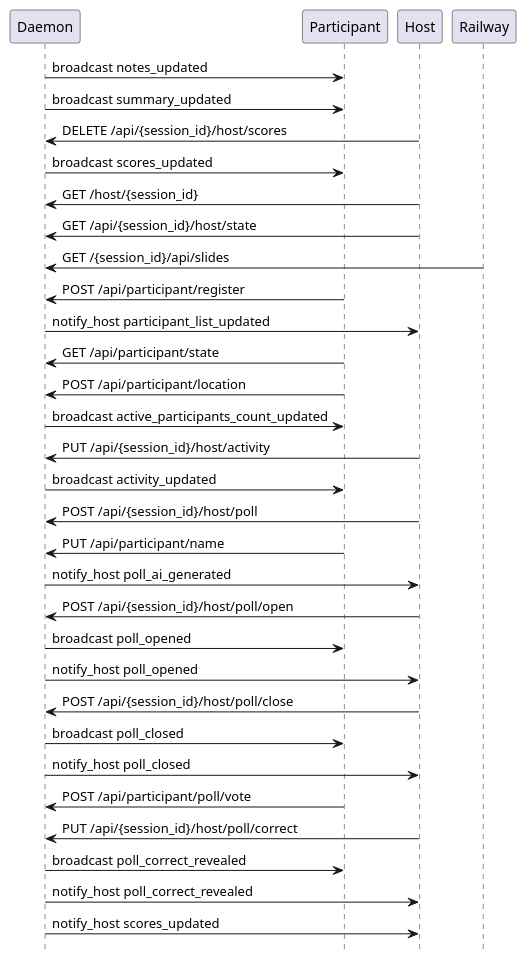
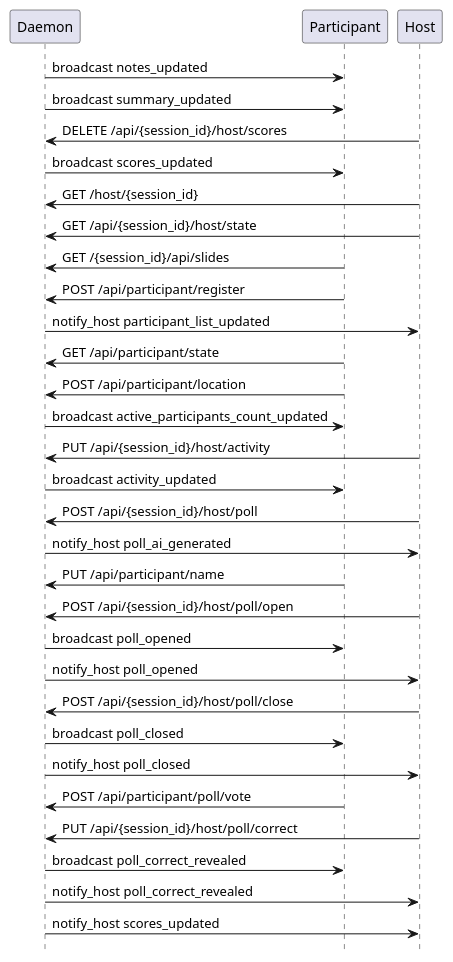
The diagram in docs/sequences/generated/03-poll-and-quiz.puml (victorrentea/training-assistant), drawn with PlantUML before and after one commit. The commit also changed 2 other files, not shown here.

Commit message:
docs: final generated poll diagram — 3 actors, Railway fully collapsed
Participant, Host, Daemon. All participant REST calls attributed directly
to Participant. All broadcasts and host notifications captured.

```diff
--- a/docs/sequences/generated/03-poll-and-quiz.puml
+++ b/docs/sequences/generated/03-poll-and-quiz.puml
@@ -1,38 +1,37 @@
 @startuml
 hide footbox
 
 participant "Daemon"
 participant "Participant"
 participant "Host"
-participant "Railway"
 
 "Daemon" -> "Participant": broadcast notes_updated
 "Daemon" -> "Participant": broadcast summary_updated
 "Host" -> "Daemon": DELETE /api/{session_id}/host/scores
 "Daemon" -> "Participant": broadcast scores_updated
 "Host" -> "Daemon": GET /host/{session_id}
 "Host" -> "Daemon": GET /api/{session_id}/host/state
-"Railway" -> "Daemon": GET /{session_id}/api/slides
+"Participant" -> "Daemon": GET /{session_id}/api/slides
 "Participant" -> "Daemon": POST /api/participant/register
 "Daemon" -> "Host": notify_host participant_list_updated
 "Participant" -> "Daemon": GET /api/participant/state
 "Participant" -> "Daemon": POST /api/participant/location
 "Daemon" -> "Participant": broadcast active_participants_count_updated
 "Host" -> "Daemon": PUT /api/{session_id}/host/activity
 "Daemon" -> "Participant": broadcast activity_updated
 "Host" -> "Daemon": POST /api/{session_id}/host/poll
+"Daemon" -> "Host": notify_host poll_ai_generated
 "Participant" -> "Daemon": PUT /api/participant/name
-"Daemon" -> "Host": notify_host poll_ai_generated
 "Host" -> "Daemon": POST /api/{session_id}/host/poll/open
 "Daemon" -> "Participant": broadcast poll_opened
 "Daemon" -> "Host": notify_host poll_opened
 "Host" -> "Daemon": POST /api/{session_id}/host/poll/close
 "Daemon" -> "Participant": broadcast poll_closed
 "Daemon" -> "Host": notify_host poll_closed
 "Participant" -> "Daemon": POST /api/participant/poll/vote
 "Host" -> "Daemon": PUT /api/{session_id}/host/poll/correct
 "Daemon" -> "Participant": broadcast poll_correct_revealed
 "Daemon" -> "Host": notify_host poll_correct_revealed
 "Daemon" -> "Host": notify_host scores_updated
 
 @enduml
```
